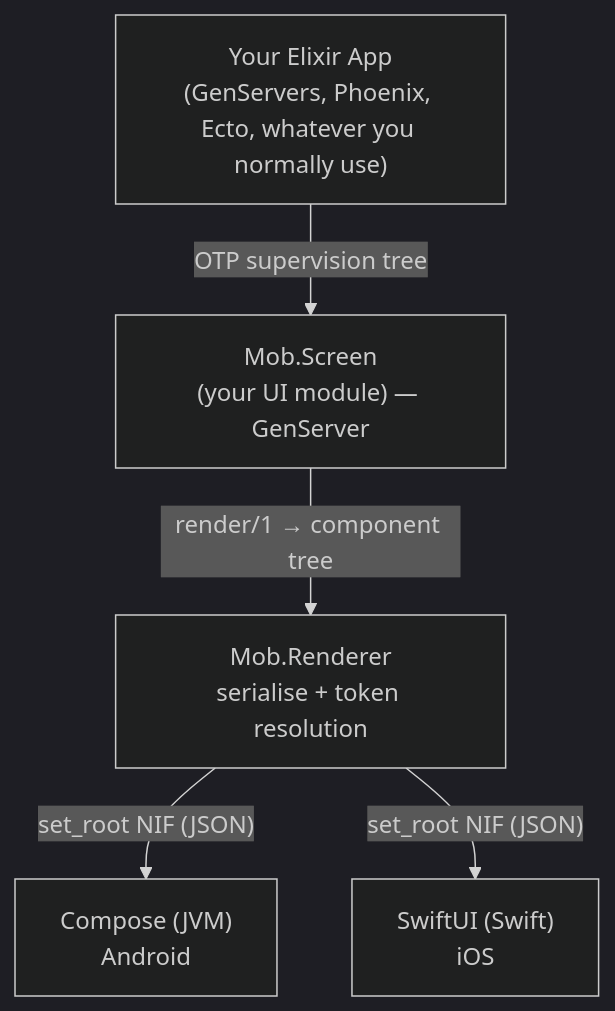
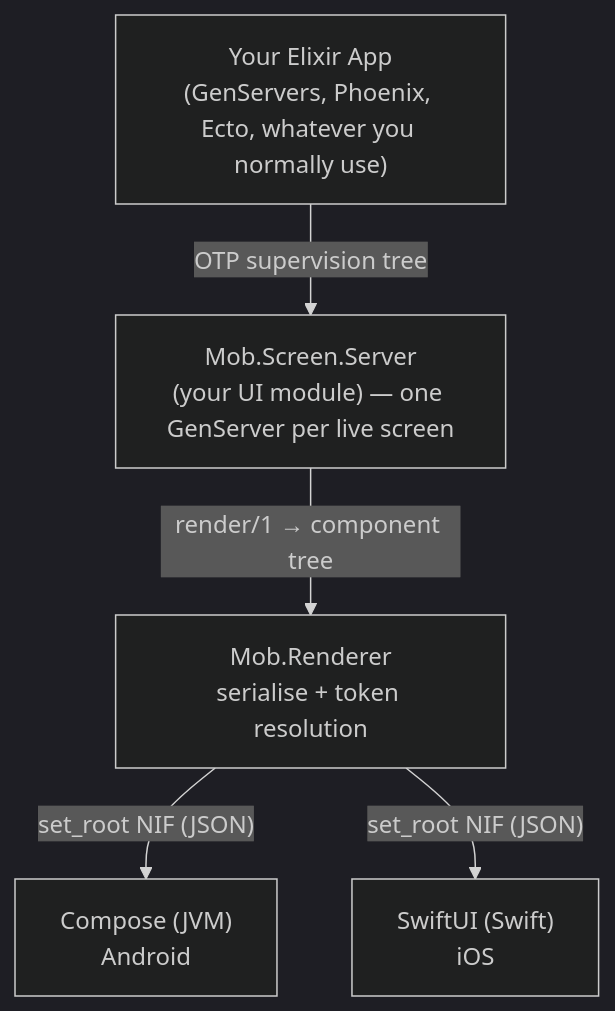
One commit to GenericJam/mob changed the diagram in guides/architecture.md. Above: the diagram before and after it, drawn with Mermaid (dark theme). The commit also changed other lines of this file and 10 other files, not shown here.

````diff
--- a/guides/architecture.md
+++ b/guides/architecture.md
@@ -7,13 +7,13 @@
 ```mermaid
 flowchart TD
     A["Your Elixir App<br/>(GenServers, Phoenix, Ecto, whatever you normally use)"]
-    B["Mob.Screen<br/>(your UI module) — GenServer"]
+    B["Mob.Screen.Server<br/>(your UI module) — one GenServer per live screen"]
     C["Mob.Renderer<br/>serialise + token resolution"]
     D1["Compose (JVM)<br/>Android"]
     D2["SwiftUI (Swift)<br/>iOS"]
 
     A -->|OTP supervision tree| B
     B -->|"render/1 → component tree"| C
     C -->|"set_root NIF (JSON)"| D1
     C -->|"set_root NIF (JSON)"| D2
 ```
````
